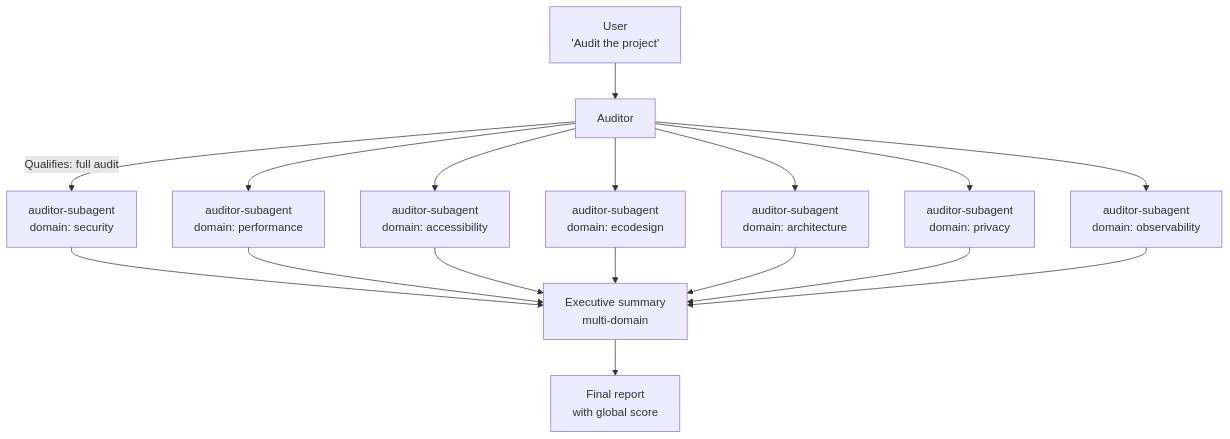
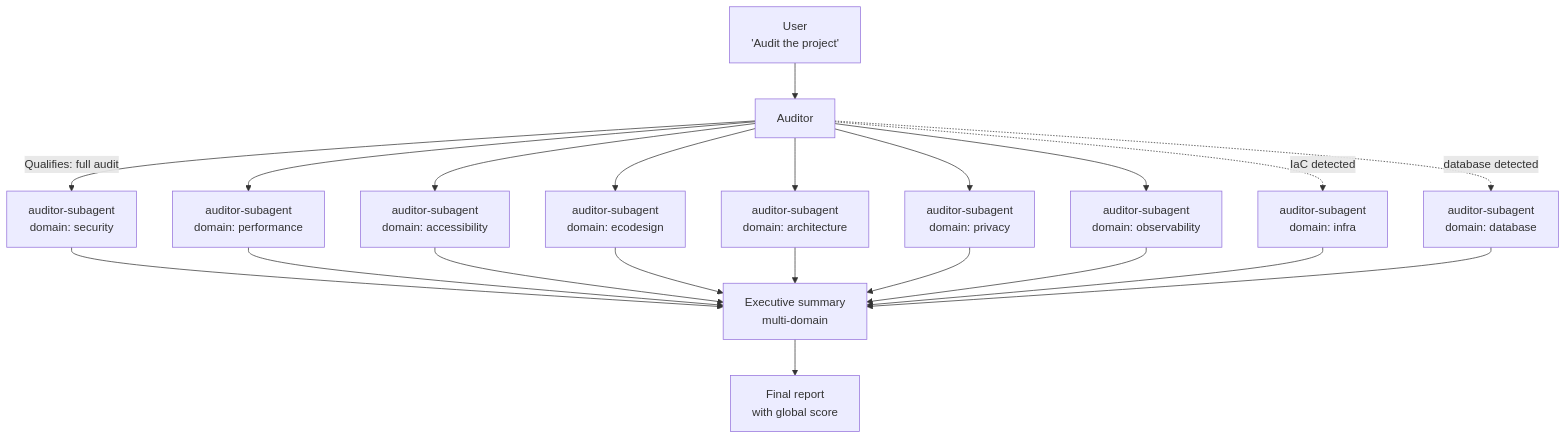
The third of 7 diagrams in docs/guides/workflows.en.md (datichb/openhub), drawn with Mermaid before and after one commit. The commit also changed 1 other file, not shown here.

Commit message:
docs(workflows): multi-domain audit diagram with the conditional infra and database domains (consolidation C2)

````diff
--- a/docs/guides/workflows.en.md
+++ b/docs/guides/workflows.en.md
@@ -279,19 +279,23 @@
 ```mermaid
 flowchart TD
     U[User\n'Audit the project'] --> A[Auditor]
     A --> |Qualifies: full audit| AS[auditor-subagent\ndomain: security]
     A --> AP[auditor-subagent\ndomain: performance]
     A --> AA[auditor-subagent\ndomain: accessibility]
     A --> AE[auditor-subagent\ndomain: ecodesign]
     A --> AR[auditor-subagent\ndomain: architecture]
     A --> APR[auditor-subagent\ndomain: privacy]
     A --> AO[auditor-subagent\ndomain: observability]
+    A -.-> |IaC detected| AI[auditor-subagent\ndomain: infra]
+    A -.-> |database detected| AD[auditor-subagent\ndomain: database]
     AS --> S[Executive summary\nmulti-domain]
     AP --> S
     AA --> S
     AE --> S
     AR --> S
     APR --> S
     AO --> S
+    AI --> S
+    AD --> S
     S --> U2[Final report\nwith global score]
 ```
````
